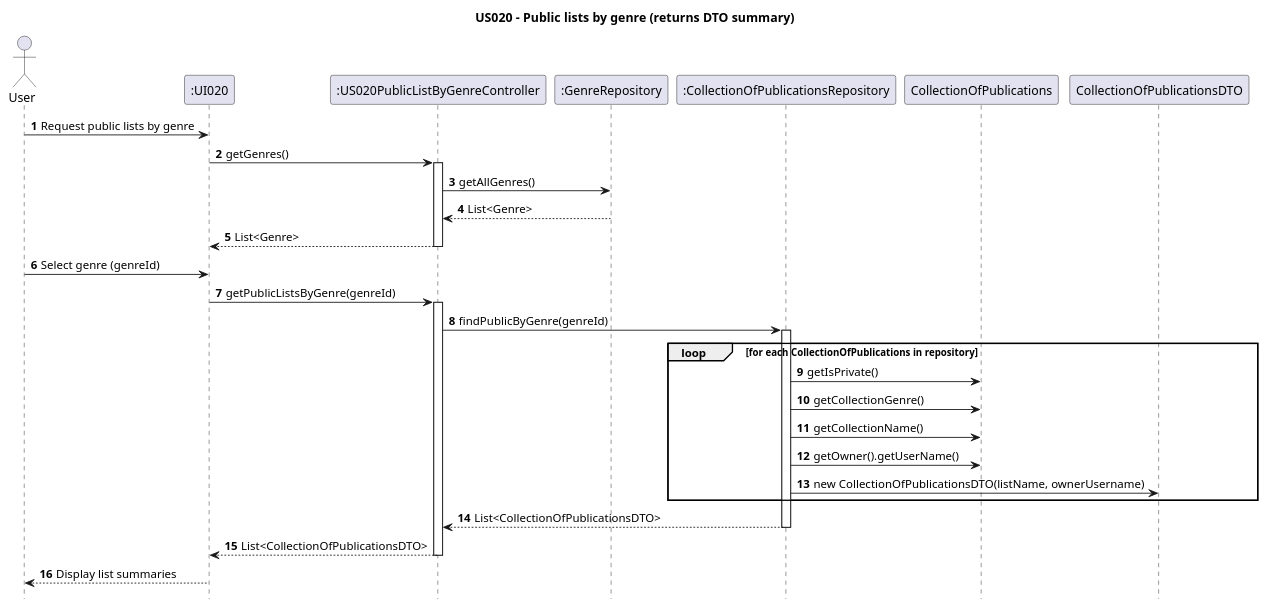
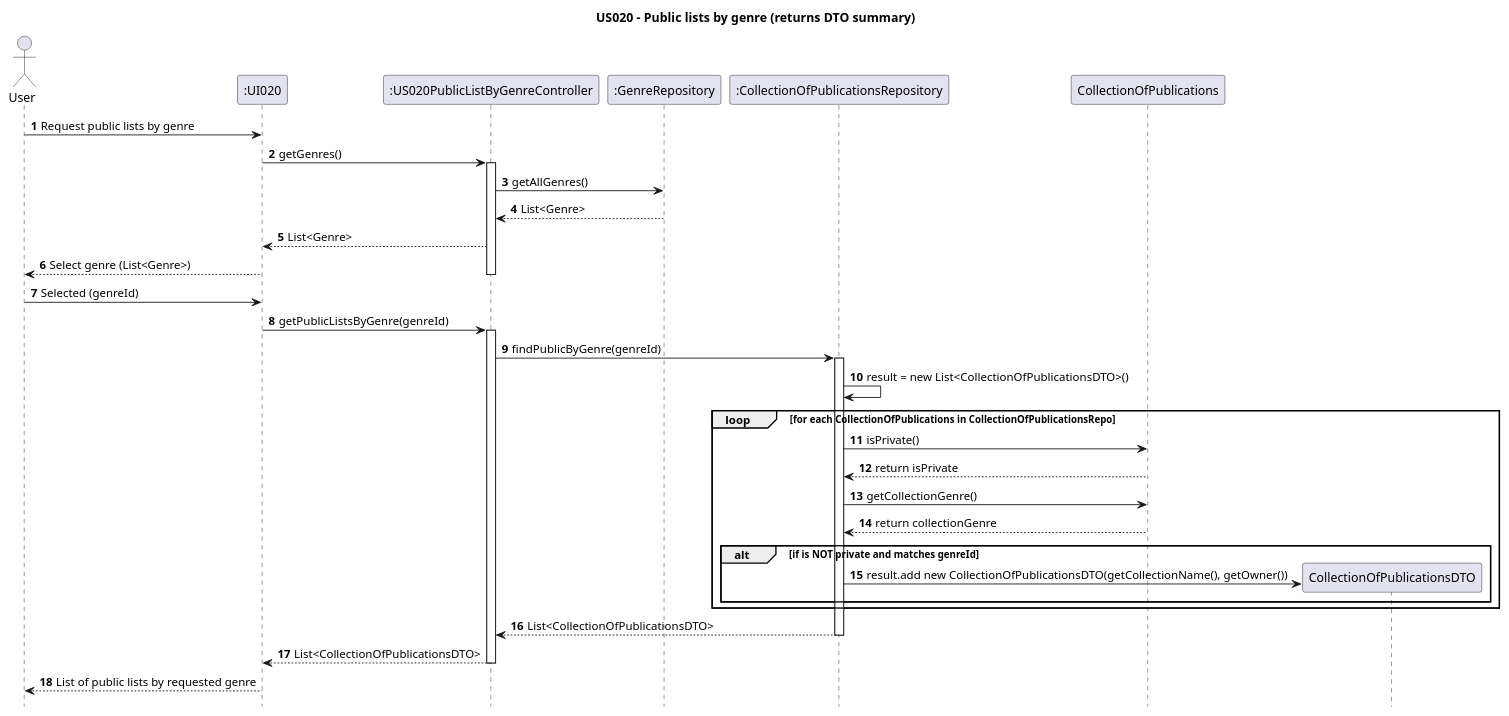
The diagram in Diagrams/SequenceDiagrams/N2/US020-to-get-a-list-of-published-lists-of-a-genre.puml (AndrePereiraGitH/SWitCH-Project-Team_A), drawn with PlantUML before and after one commit. The commit also changed 3 other files, not shown here.

Commit message:
Working on #24 and #42, corrected Diagrams

```diff
--- a/Diagrams/SequenceDiagrams/N2/US020-to-get-a-list-of-published-lists-of-a-genre.puml
+++ b/Diagrams/SequenceDiagrams/N2/US020-to-get-a-list-of-published-lists-of-a-genre.puml
@@ -1,46 +1,51 @@
 @startuml
 hide footbox
 autonumber
 
 title US020 - Public lists by genre (returns DTO summary)
 
 actor User
 participant ":UI020" as UI
 participant ":US020PublicListByGenreController" as Controller
 participant ":GenreRepository" as GenreRepo
 participant ":CollectionOfPublicationsRepository" as CollectionRepo
 participant "CollectionOfPublications" as Collection
-participant "CollectionOfPublicationsDTO" as DTO
 
 User -> UI : Request public lists by genre
 UI -> Controller : getGenres()
 
 activate Controller
 Controller -> GenreRepo : getAllGenres()
 GenreRepo --> Controller : List<Genre>
 Controller --> UI : List<Genre>
+UI --> User : Select genre (List<Genre>)
 deactivate Controller
 
-User -> UI : Select genre (genreId)
+User -> UI : Selected (genreId)
 UI -> Controller : getPublicListsByGenre(genreId)
 
 activate Controller
 Controller -> CollectionRepo : findPublicByGenre(genreId)
 activate CollectionRepo
 
-loop for each CollectionOfPublications in repository
-  CollectionRepo -> Collection : getIsPrivate()
+CollectionRepo -> CollectionRepo : result = new List<CollectionOfPublicationsDTO>()
+
+loop for each CollectionOfPublications in CollectionOfPublicationsRepo
+  CollectionRepo -> Collection : isPrivate()
+  Collection --> CollectionRepo : return isPrivate
   CollectionRepo -> Collection : getCollectionGenre()
-  CollectionRepo -> Collection : getCollectionName()
-  CollectionRepo -> Collection : getOwner().getUserName()
-  CollectionRepo -> DTO : new CollectionOfPublicationsDTO(listName, ownerUsername)
+  Collection --> CollectionRepo : return collectionGenre
+  alt if is NOT private and matches genreId
+    create CollectionOfPublicationsDTO
+    CollectionRepo -> CollectionOfPublicationsDTO : result.add new CollectionOfPublicationsDTO(getCollectionName(), getOwner())
+  end
 end
 
 CollectionRepo --> Controller : List<CollectionOfPublicationsDTO>
 deactivate CollectionRepo
 Controller --> UI : List<CollectionOfPublicationsDTO>
 deactivate Controller
 
-UI --> User : Display list summaries
+UI --> User : List of public lists by requested genre
 
 @enduml
```
